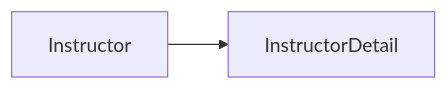
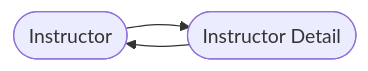
The diagram in README.md (azharYahya95/hibernate), drawn with Mermaid before and after one commit. The commit also changed other lines of this file and 3 other files, not shown here.

````diff
--- a/README.md
+++ b/README.md
@@ -115,4 +3,5 @@
 ```mermaid
-graph LR;
-Instructor --> InstructorDetail
+flowchart LR;
+I([Instructor]);ID([Instructor Detail]);
+I --> ID;ID-->I;
 ```
````
